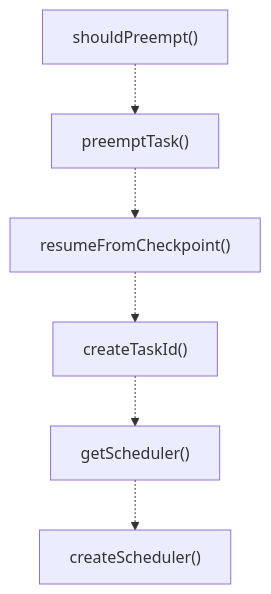
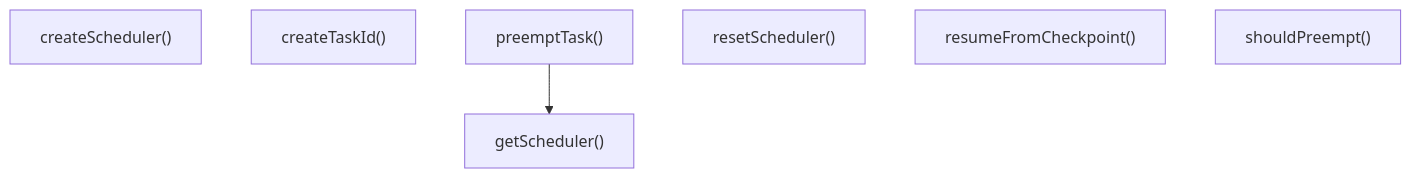
Before and after one commit to Mekann2904/mekann: the third of 4 diagrams in ABDD/.pi/lib/task-scheduler.md, drawn with Mermaid. The commit also changed other lines of this file and 277 other files, not shown here.

````diff
--- a/ABDD/.pi/lib/task-scheduler.md
+++ b/ABDD/.pi/lib/task-scheduler.md
@@ -135,14 +135,11 @@
 ```mermaid
 flowchart TD
-  shouldPreempt["shouldPreempt()"]
-  preemptTask["preemptTask()"]
-  resumeFromCheckpoint["resumeFromCheckpoint()"]
+  createScheduler["createScheduler()"]
   createTaskId["createTaskId()"]
   getScheduler["getScheduler()"]
-  createScheduler["createScheduler()"]
-  shouldPreempt -.-> preemptTask
-  preemptTask -.-> resumeFromCheckpoint
-  resumeFromCheckpoint -.-> createTaskId
-  createTaskId -.-> getScheduler
-  getScheduler -.-> createScheduler
+  preemptTask["preemptTask()"]
+  resetScheduler["resetScheduler()"]
+  resumeFromCheckpoint["resumeFromCheckpoint()"]
+  shouldPreempt["shouldPreempt()"]
+  preemptTask --> getScheduler
 ```
````
